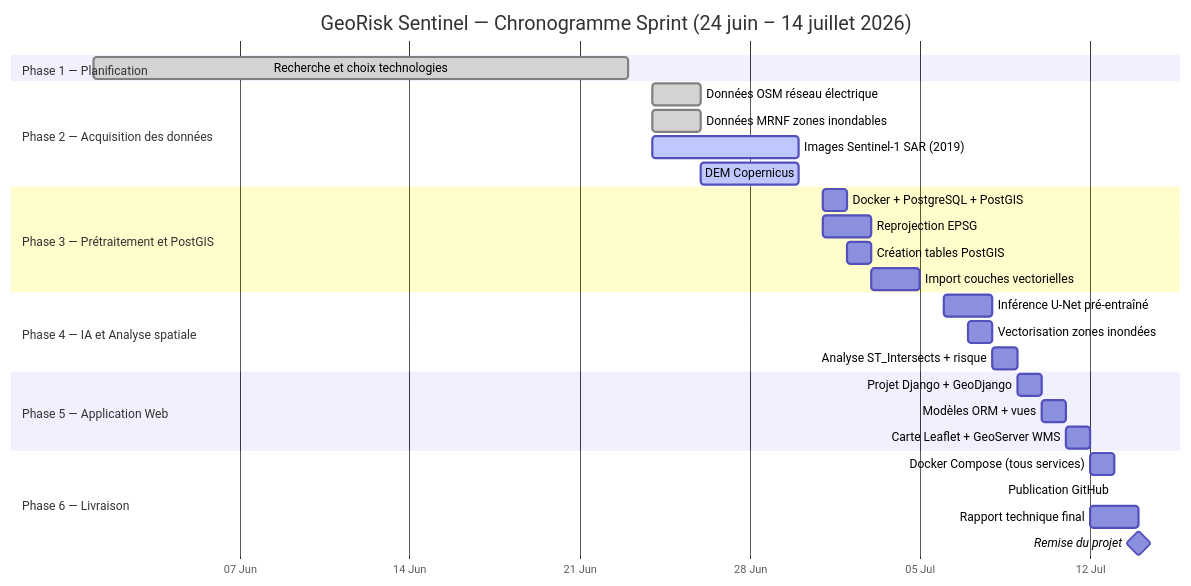
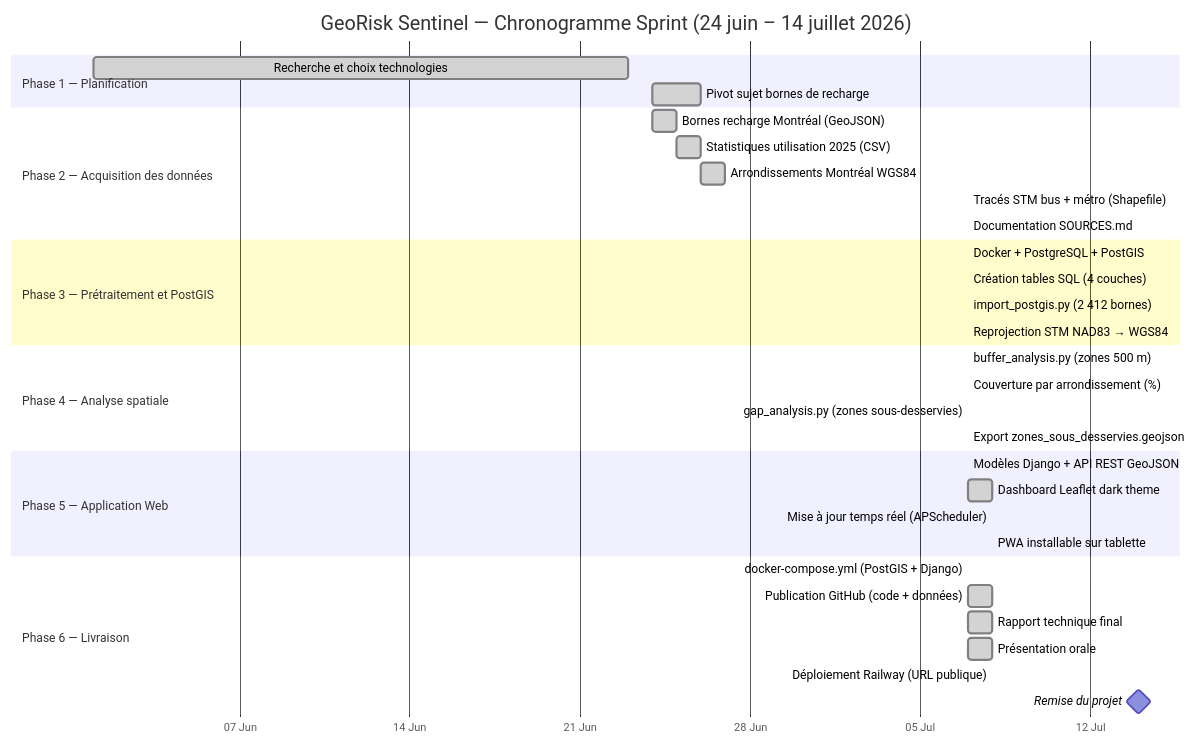
One commit to modou5604501/projet_Session changed the diagram in CHRONOGRAMME.md. Above: the diagram before and after it, drawn with Mermaid. The commit also changed other lines of this file and 3 other files, not shown here.

First line of the commit message:
docs: mise a jour coherence complete - bornes recharge (suppression refs Sainte-Marthe)

````diff
--- a/CHRONOGRAMME.md
+++ b/CHRONOGRAMME.md
@@ -24,37 +24,43 @@
 ```mermaid
 gantt
     title GeoRisk Sentinel — Chronogramme Sprint (24 juin – 14 juillet 2026)
     dateFormat  YYYY-MM-DD
     axisFormat  %d %b
 
     section Phase 1 — Planification
-    Recherche et choix technologies     :done,    p1a, 2026-06-01, 2026-06-23
+    Recherche et choix technologies         :done, p1a, 2026-06-01, 2026-06-23
+    Pivot sujet bornes de recharge          :done, p1b, 2026-06-24, 2026-06-26
 
     section Phase 2 — Acquisition des données
-    Données OSM réseau électrique       :done,    p2a, 2026-06-24, 2026-06-26
-    Données MRNF zones inondables       :done,    p2b, 2026-06-24, 2026-06-26
-    Images Sentinel-1 SAR (2019)        :active,  p2c, 2026-06-24, 2026-06-30
-    DEM Copernicus                      :active,  p2d, 2026-06-26, 2026-06-30
+    Bornes recharge Montréal (GeoJSON)      :done, p2a, 2026-06-24, 2026-06-25
+    Statistiques utilisation 2025 (CSV)     :done, p2b, 2026-06-25, 2026-06-26
+    Arrondissements Montréal WGS84          :done, p2c, 2026-06-26, 2026-06-27
+    Tracés STM bus + métro (Shapefile)      :done, p2d, 2026-07-07, 2026-07-07
+    Documentation SOURCES.md               :done, p2e, 2026-07-07, 2026-07-07
 
     section Phase 3 — Prétraitement et PostGIS
-    Docker + PostgreSQL + PostGIS       :         p3a, 2026-07-01, 2026-07-02
-    Reprojection EPSG:32198 + découpage :         p3b, 2026-07-01, 2026-07-03
-    Création tables PostGIS             :         p3c, 2026-07-02, 2026-07-03
-    Import couches vectorielles         :         p3d, 2026-07-03, 2026-07-05
+    Docker + PostgreSQL + PostGIS           :done, p3a, 2026-07-07, 2026-07-07
+    Création tables SQL (4 couches)         :done, p3b, 2026-07-07, 2026-07-07
+    import_postgis.py (2 412 bornes)        :done, p3c, 2026-07-07, 2026-07-07
+    Reprojection STM NAD83 → WGS84          :done, p3d, 2026-07-07, 2026-07-07
 
-    section Phase 4 — IA et Analyse spatiale
-    Inférence U-Net pré-entraîné        :         p4a, 2026-07-06, 2026-07-08
-    Vectorisation zones inondées        :         p4b, 2026-07-07, 2026-07-08
-    Analyse ST_Intersects + risque      :         p4c, 2026-07-08, 2026-07-09
+    section Phase 4 — Analyse spatiale
+    buffer_analysis.py (zones 500 m)        :done, p4a, 2026-07-07, 2026-07-07
+    Couverture par arrondissement (%)       :done, p4b, 2026-07-07, 2026-07-07
+    gap_analysis.py (zones sous-desservies) :done, p4c, 2026-07-07, 2026-07-07
+    Export zones_sous_desservies.geojson    :done, p4d, 2026-07-07, 2026-07-07
 
     section Phase 5 — Application Web
-    Projet Django + GeoDjango           :         p5a, 2026-07-09, 2026-07-10
-    Modèles ORM + vues                  :         p5b, 2026-07-10, 2026-07-11
-    Carte Leaflet + GeoServer WMS       :         p5c, 2026-07-11, 2026-07-12
+    Modèles Django + API REST GeoJSON       :done, p5a, 2026-07-07, 2026-07-07
+    Dashboard Leaflet dark theme            :done, p5b, 2026-07-07, 2026-07-08
+    Mise à jour temps réel (APScheduler)    :done, p5c, 2026-07-08, 2026-07-08
+    PWA installable sur tablette            :done, p5d, 2026-07-08, 2026-07-08
 
     section Phase 6 — Livraison
-    Docker Compose (tous services)      :         p6a, 2026-07-12, 2026-07-13
-    Publication GitHub                  :         p6b, 2026-07-13, 2026-07-13
-    Rapport technique final             :         p6c, 2026-07-12, 2026-07-14
-    Remise du projet                    :milestone, 2026-07-14, 2026-07-14
+    docker-compose.yml (PostGIS + Django)   :done, p6a, 2026-07-07, 2026-07-07
+    Publication GitHub (code + données)     :done, p6b, 2026-07-07, 2026-07-08
+    Rapport technique final                 :done, p6c, 2026-07-07, 2026-07-08
+    Présentation orale                      :done, p6d, 2026-07-07, 2026-07-08
+    Déploiement Railway (URL publique)      :done, p6e, 2026-07-08, 2026-07-08
+    Remise du projet                        :milestone, 2026-07-14, 2026-07-14
 ```
````
